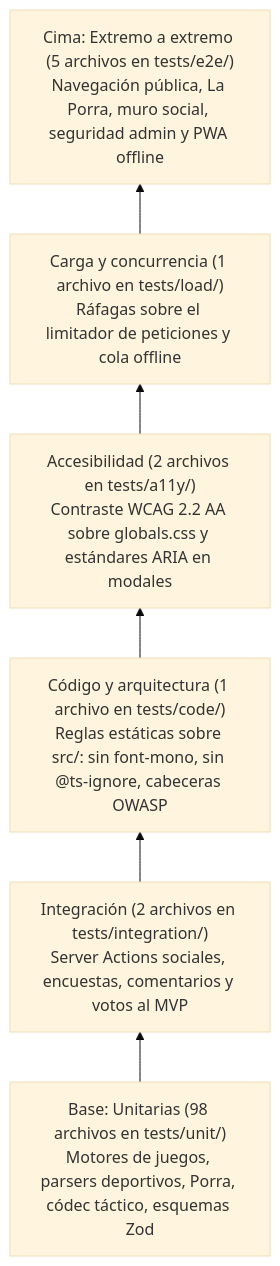
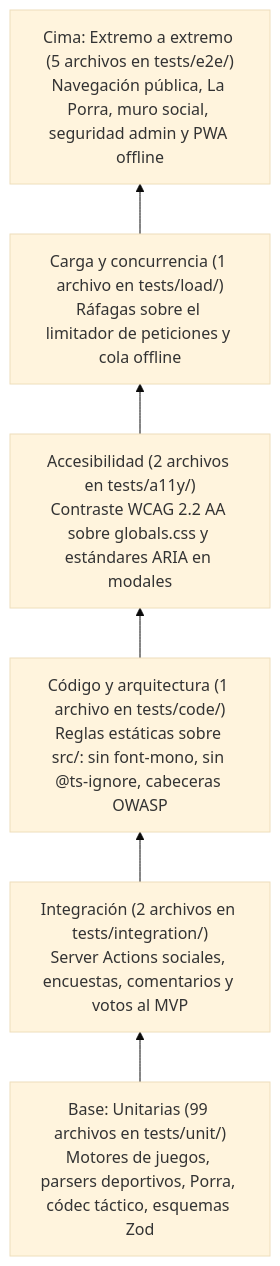
Diagram 32 of 32 in docs/MEMORIA_TECNICA.md (MarcoLorenzoMartinez/mareona), drawn with Mermaid (base theme) before and after one commit. The commit also changed other lines of this file and 4 other files, not shown here.

````diff
--- a/docs/MEMORIA_TECNICA.md
+++ b/docs/MEMORIA_TECNICA.md
@@ -1357,11 +1358,11 @@
 ```mermaid
 flowchart BT
-    L1["Base: Unitarias (98 archivos en tests/unit/)\nMotores de juegos, parsers deportivos, Porra, códec táctico, esquemas Zod"]
+    L1["Base: Unitarias (99 archivos en tests/unit/)\nMotores de juegos, parsers deportivos, Porra, códec táctico, esquemas Zod"]
     L2["Integración (2 archivos en tests/integration/)\nServer Actions sociales, encuestas, comentarios y votos al MVP"]
     L3["Código y arquitectura (1 archivo en tests/code/)\nReglas estáticas sobre src/: sin font-mono, sin @ts-ignore, cabeceras OWASP"]
     L4["Accesibilidad (2 archivos en tests/a11y/)\nContraste WCAG 2.2 AA sobre globals.css y estándares ARIA en modales"]
     L5["Carga y concurrencia (1 archivo en tests/load/)\nRáfagas sobre el limitador de peticiones y cola offline"]
     L6["Cima: Extremo a extremo (5 archivos en tests/e2e/)\nNavegación pública, La Porra, muro social, seguridad admin y PWA offline"]
 
     L1 --> L2 --> L3 --> L4 --> L5 --> L6
 ```
````
